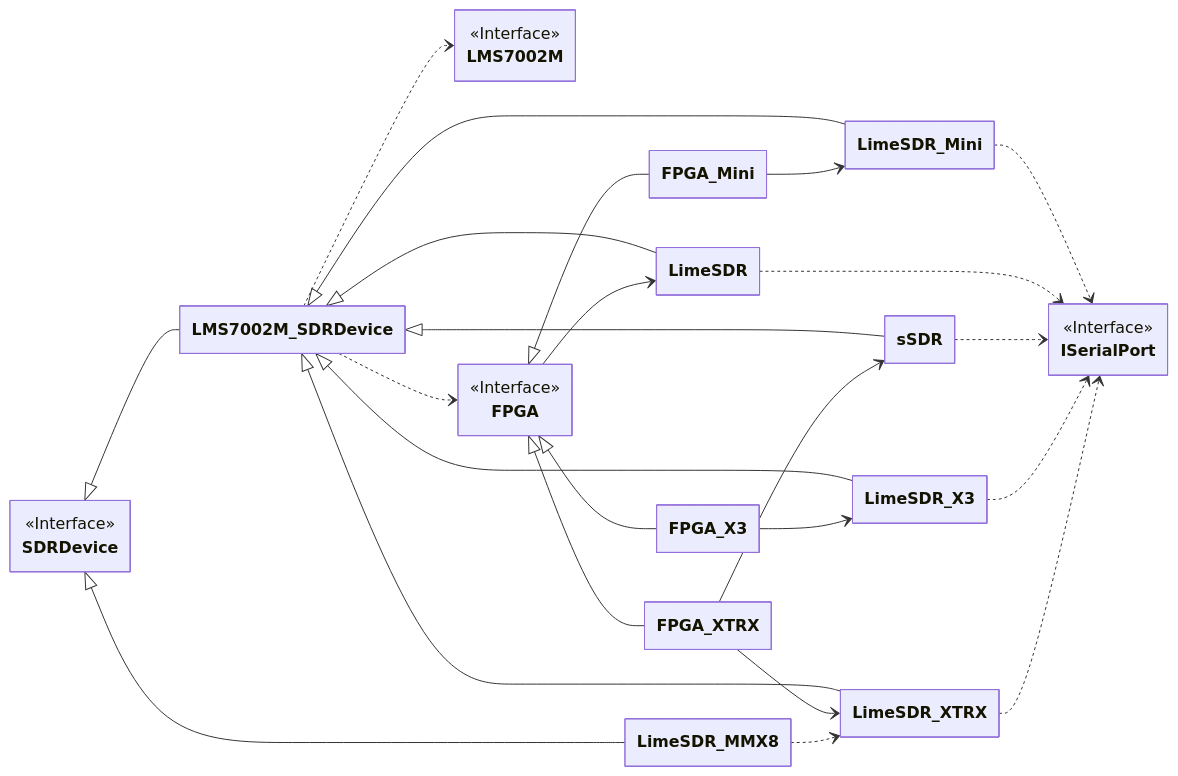
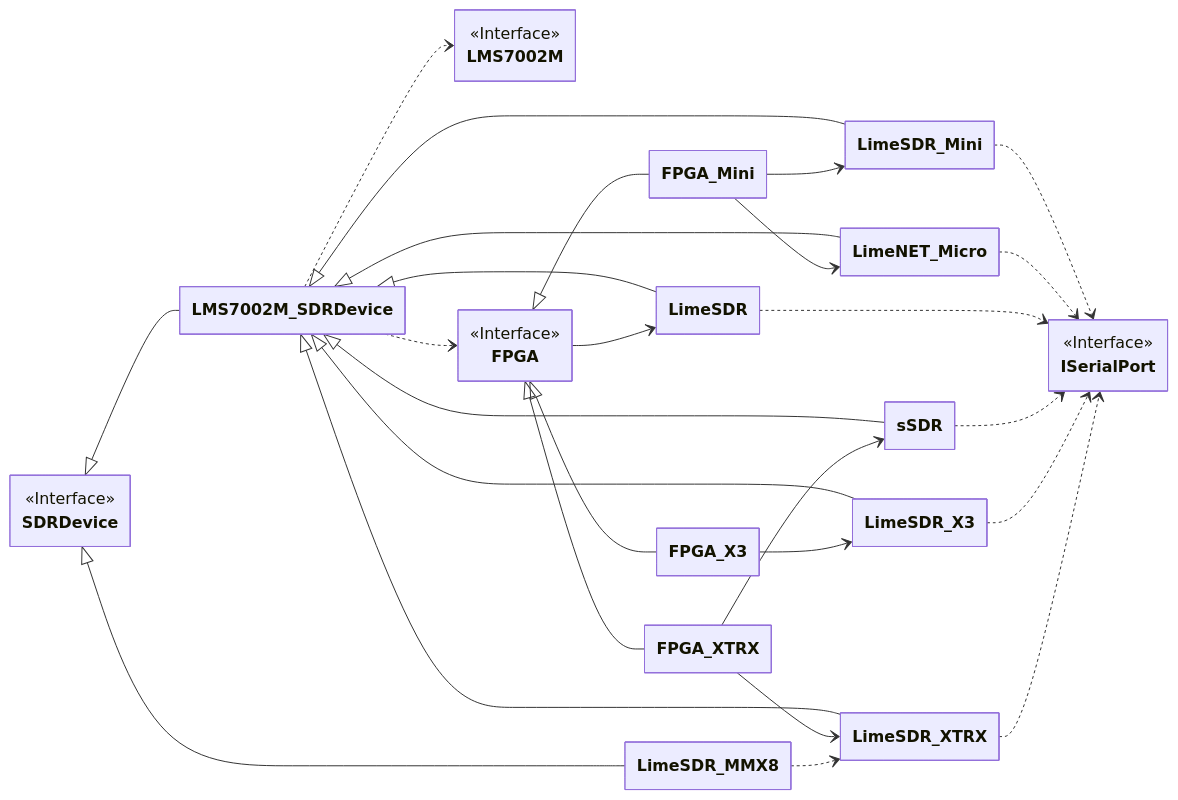
One commit to myriadrf/LimeSuiteNG changed the diagram in docs/developer/Introduction/device_class.mmd. Above: the diagram before and after it, drawn with Mermaid. The commit also changed 2 other files, not shown here.

Commit message:
docs: update class diagrams to the current code structure
Add LimeNET_Micro to the device class diagram, add StreamComposite
and RFStream_X8 to the streaming class diagram.

Part of #183

```diff
--- a/docs/developer/Introduction/device_class.mmd
+++ b/docs/developer/Introduction/device_class.mmd
@@ -1,65 +1,71 @@
 ---
     config:
         class:
             hideEmptyMembersBox: True
 ---
 
 classDiagram
     direction LR
 
     class SDRDevice {<<Interface>>}
     class LMS7002M {<<Interface>>}
 
     class LimeSDR_Mini
+    class LimeNET_Micro
     class LimeSDR
     class LimeSDR_XTRX
     class LimeSDR_X3
     class sSDR
 
     class FPGA_Mini
     class FPGA_X3
     class FPGA_XTRX
 
     class ISerialPort{<<Interface>>}
     %% class IUSB{<<Interface>>}
     class FPGA{<<Interface>>}
 
     %% Class Inheritance
     SDRDevice<|--LMS7002M_SDRDevice
     SDRDevice<|--LimeSDR_MMX8
     LMS7002M_SDRDevice<|--LimeSDR_Mini
+    LMS7002M_SDRDevice<|--LimeNET_Micro
     LMS7002M_SDRDevice<|--LimeSDR
     LMS7002M_SDRDevice<|--LimeSDR_XTRX
     LMS7002M_SDRDevice<|--LimeSDR_X3
     LMS7002M_SDRDevice<|--sSDR
     FPGA<|--FPGA_Mini
     FPGA<|--FPGA_X3
     FPGA<|--FPGA_XTRX
 
     %% Class associations
     FPGA-->LimeSDR
     FPGA_Mini-->LimeSDR_Mini
+    FPGA_Mini-->LimeNET_Micro
     FPGA_X3-->LimeSDR_X3
     FPGA_XTRX-->LimeSDR_XTRX
     FPGA_XTRX-->sSDR
 
     LimeSDR_MMX8..>LimeSDR_XTRX
 
     %% Specific SDR dependencies
     LMS7002M_SDRDevice..>LMS7002M
     LMS7002M_SDRDevice..>FPGA
 
     %% LimeSDR Mini
     LimeSDR_Mini..>ISerialPort
 
+    %% LimeNET Micro
+    LimeNET_Micro..>ISerialPort
+
     %% LimeSDR
     LimeSDR..>ISerialPort
 
     %%sSDR
     sSDR..>ISerialPort
 
     %%LimeSDR_X3
     LimeSDR_X3..>ISerialPort
 
     %%LimeSDR_XTRX
     LimeSDR_XTRX..>ISerialPort
```
